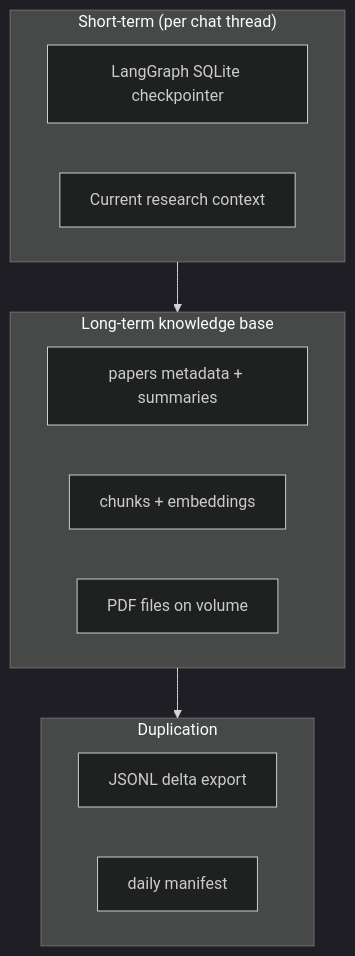
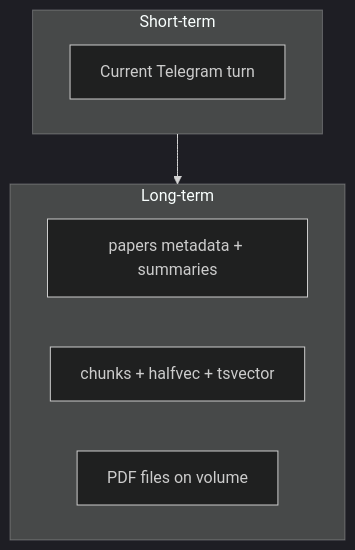
The sixth of 8 diagrams in docs/plan/02-architecture-diagrams.md (RamilRamil/Research-helper), drawn with Mermaid (dark theme) before and after one commit. The commit also changed other lines of this file and 107 other files, not shown here.

````diff
--- a/docs/plan/02-architecture-diagrams.md
+++ b/docs/plan/02-architecture-diagrams.md
@@ -190,21 +152,14 @@
 ```mermaid
 flowchart TB
-    subgraph Session["Short-term (per chat thread)"]
-        CP[LangGraph SQLite checkpointer]
-        CTX[Current research context]
+    subgraph Session["Short-term"]
+        CTX[Current Telegram turn]
     end
 
-    subgraph KB["Long-term knowledge base"]
+    subgraph KB["Long-term"]
         PAPERS[papers metadata + summaries]
-        CHUNKS[chunks + embeddings]
+        CHUNKS[chunks + halfvec + tsvector]
         PDFS[PDF files on volume]
     end
 
-    subgraph Backup["Duplication"]
-        JSONL[JSONL delta export]
-        MANIFEST[daily manifest]
-    end
-
     Session --> KB
-    KB --> Backup
 ```
````
